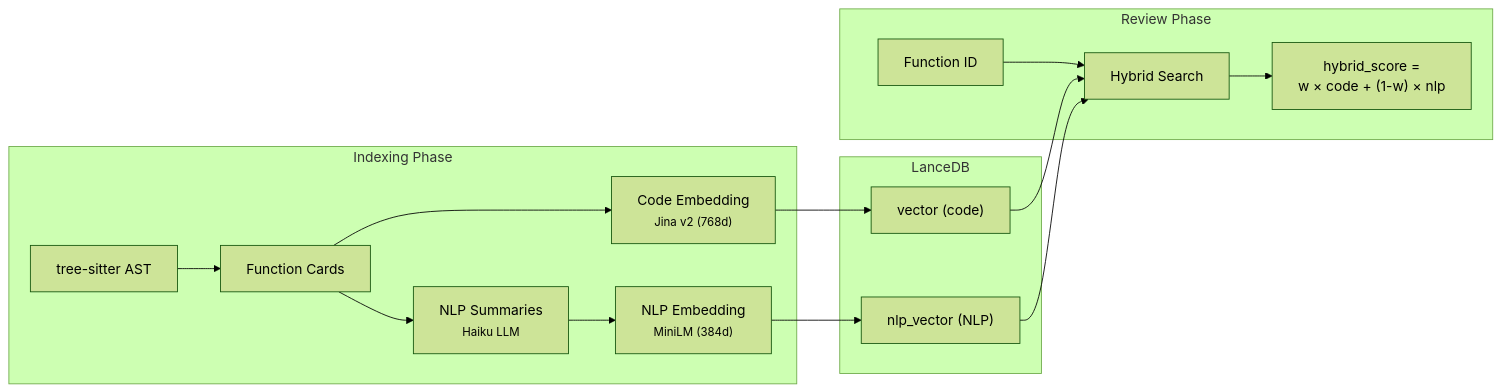
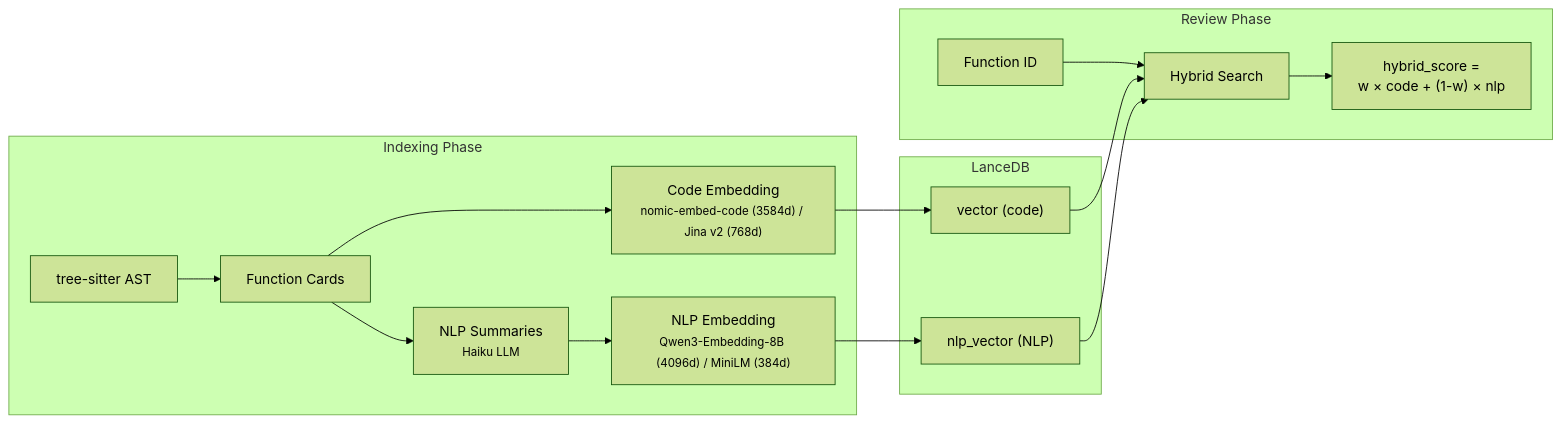
The diagram in docs/rag.md (r-via/anatoly), drawn with Mermaid (forest theme) before and after one commit. The commit also changed other lines of this file and 6 other files, not shown here.

First line of the commit message:
docs: update RAG docs for Qwen3-Embedding-8B NLP model

````diff
--- a/docs/rag.md
+++ b/docs/rag.md
@@ -7,24 +7,24 @@
 ```mermaid
 flowchart LR
     subgraph Indexing["Indexing Phase"]
         AST["tree-sitter AST"] --> Cards["Function Cards"]
-        Cards --> CodeEmbed["Code Embedding<br/><small>Jina v2 (768d)</small>"]
+        Cards --> CodeEmbed["Code Embedding<br/><small>nomic-embed-code (3584d) / Jina v2 (768d)</small>"]
         Cards --> NLP["NLP Summaries<br/><small>Haiku LLM</small>"]
-        NLP --> NlpEmbed["NLP Embedding<br/><small>MiniLM (384d)</small>"]
+        NLP --> NlpEmbed["NLP Embedding<br/><small>Qwen3-Embedding-8B (4096d) / MiniLM (384d)</small>"]
     end
 
     subgraph Store["LanceDB"]
         CodeVec["vector (code)"]
         NlpVec["nlp_vector (NLP)"]
     end
 
     subgraph Search["Review Phase"]
         Query["Function ID"] --> Hybrid["Hybrid Search"]
         Hybrid --> Score["hybrid_score =<br/>w × code + (1-w) × nlp"]
     end
 
     CodeEmbed --> CodeVec
     NlpEmbed --> NlpVec
     CodeVec --> Hybrid
     NlpVec --> Hybrid
 ```
````
